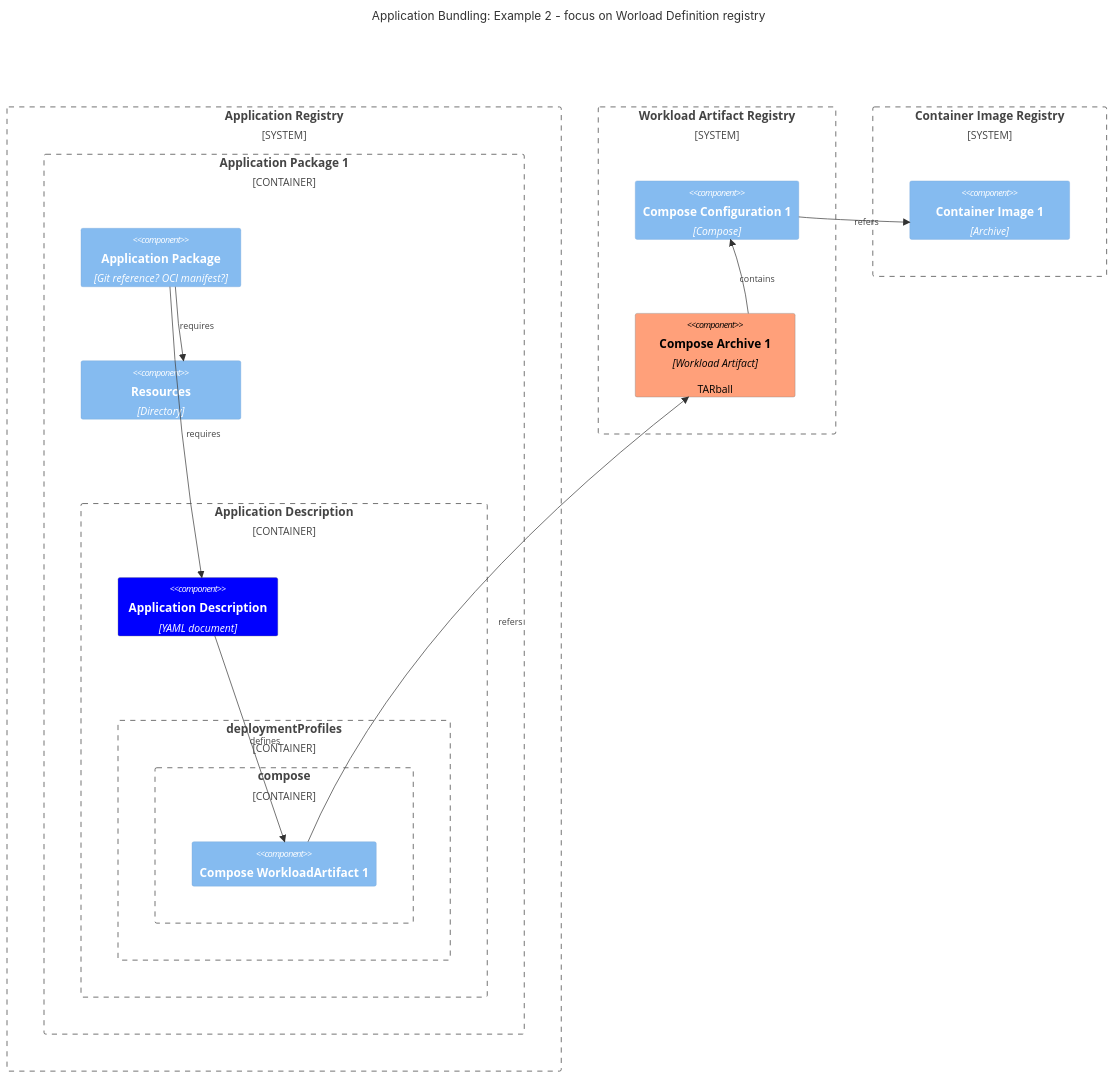
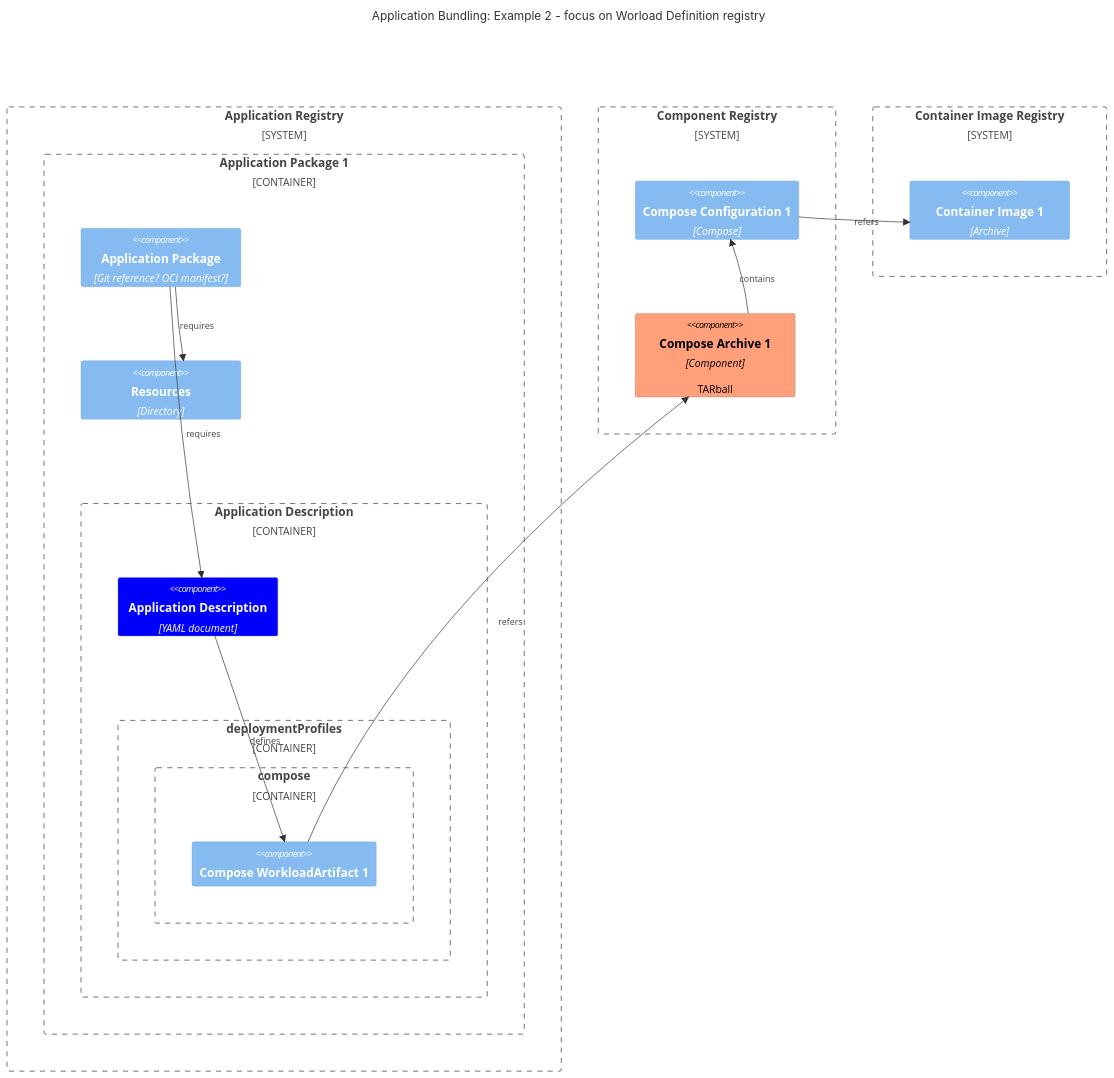
One commit to margo/specification changed the fourth of 10 diagrams in system-design/margo-overview/software-composition.md. Above: the diagram before and after it, drawn with Mermaid. The commit also changed other lines of this file, not shown here.

First line of the commit message:
fix: use component instead of workload artifact

````diff
--- a/system-design/margo-overview/software-composition.md
+++ b/system-design/margo-overview/software-composition.md
@@ -178,44 +176,44 @@
 ```mermaid
 C4Component
     title Application Bundling: Example 2 - focus on Worload Definition registry
 
     UpdateLayoutConfig($c4BoundaryInRow="1", $c4ShapeInRow="3")
 
     System_Boundary(ar, "Application Registry") {
         Container_Boundary(ab1, "Application Package 1") {
             Component(atb1, "Application Package", "Git reference? OCI manifest?")
 
             Container_Boundary(c1, "Application Description") {
                 Component(ad, "Application Description", "YAML document")
                 Container_Boundary(c2, "deploymentProfiles") {
                     Container_Boundary(c4, "compose") {
                         Component(wldc1, "Compose WorkloadArtifact 1")
                     }
                 }
                 Rel(ad,wldc1, "defines")
             }
 
             Component(rd, "Resources", "Directory")
 
             Rel(atb1, ad, "requires")
             Rel(atb1, rd, "requires")
         }
     }
 
-    System_Boundary(crr, "Workload Artifact Registry") {
+    System_Boundary(crr, "Component Registry") {
         Component(cc1, "Compose Configuration 1", "Compose")
-        Component(ca1, "Compose Archive 1", "Workload Artifact", "TARball")
+        Component(ca1, "Compose Archive 1", "Component", "TARball")
         Rel(ca1, cc1, "contains")
         UpdateRelStyle(cc1, cim1, $offsetY="50")
     }
 
     System_Boundary(cir, "Container Image Registry") {
         Component(cim1, "Container Image 1", "Archive")
     }
 
     Rel(wldc1, ca1, "refers")
     Rel(cc1, cim1, "refers")
 
     UpdateElementStyle(ad, $fontColor="white", $bgColor="blue", $borderColor="grey")
     UpdateElementStyle(ca1, $fontColor="black", $bgColor="lightsalmon", $borderColor="grey")
 ```
````
